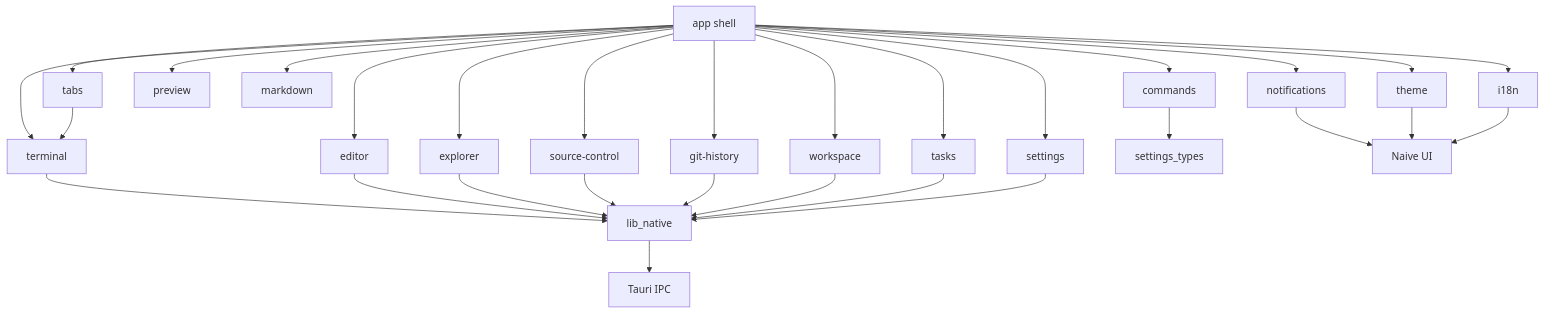
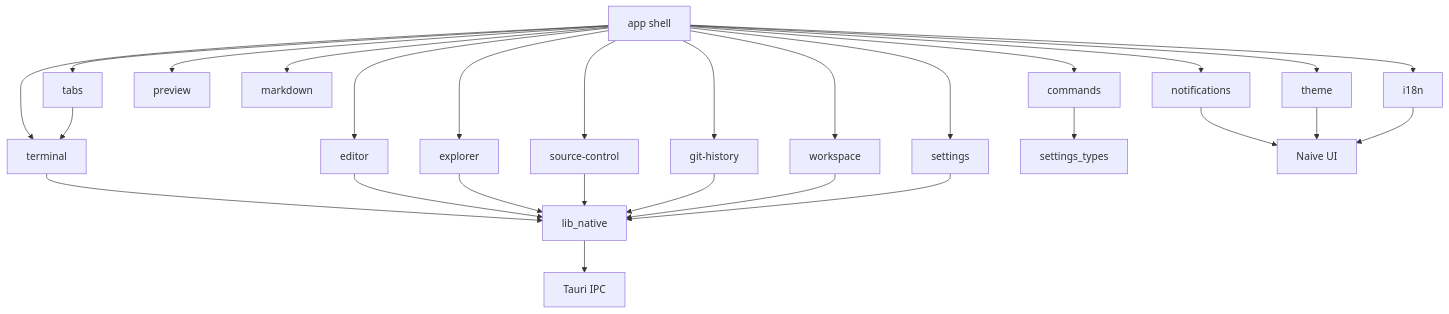
One commit to xinggaoya/nexterm changed the second of 3 diagrams in docs/architecture/overview.md. Above: the diagram before and after it, drawn with Mermaid. The commit also changed other lines of this file and 46 other files, not shown here.

First line of the commit message:
refactor(app)!: 移除 tasks 任务模块，会话条新增溢出滚动

````diff
--- a/docs/architecture/overview.md
+++ b/docs/architecture/overview.md
@@ -77,34 +77,32 @@
 ```mermaid
 graph TB
     app[app shell] --> terminal
     app --> editor
     app --> explorer
     app --> source-control
     app --> git-history
     app --> tabs
     app --> settings
     app --> commands
     app --> workspace
-    app --> tasks
     app --> preview
     app --> markdown
     app --> notifications
     app --> theme
     app --> i18n
 
     terminal --> lib_native
     editor --> lib_native
     explorer --> lib_native
     source-control --> lib_native
     git-history --> lib_native
     tabs --> terminal
     commands --> settings_types
     workspace --> lib_native
-    tasks --> lib_native
     settings --> lib_native
 
     lib_native --> tauri_ipc[Tauri IPC]
     notifications --> naive[Naive UI]
     theme --> naive
     i18n --> naive
 ```
````
